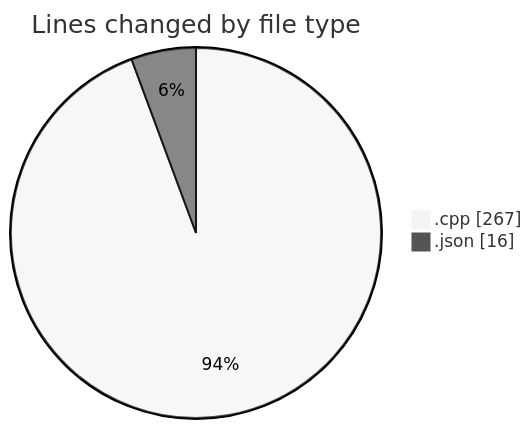
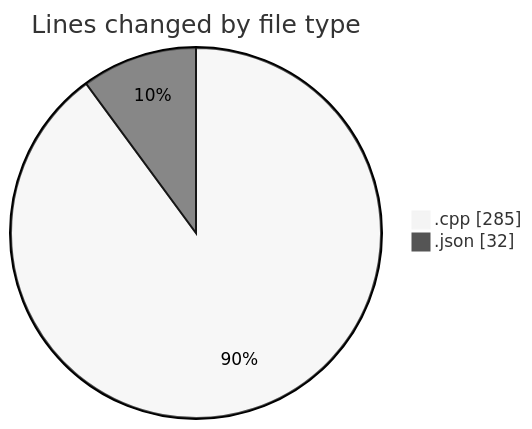
The first of 2 diagrams in 2025-04-23/echo/README.md (Netris89/code-tracking), drawn with Mermaid (neutral theme) before and after one commit. The commit also changed other lines of this file and 1 other file, not shown here.

````diff
--- a/2025-04-23/echo/README.md
+++ b/2025-04-23/echo/README.md
@@ -21,6 +21,6 @@
 ```mermaid
 pie showData
 title Lines changed by file type
-".cpp" : 267
-".json" : 16
+".cpp" : 285
+".json" : 32
 ```
````
